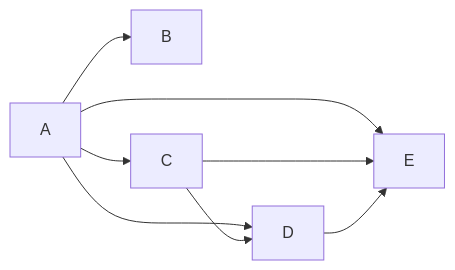
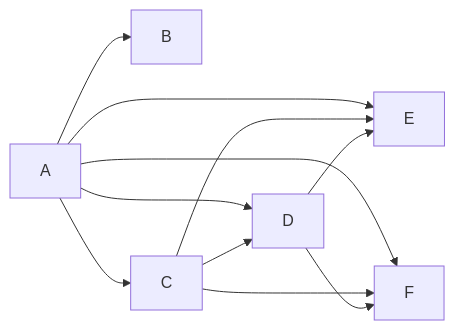
The second of 2 diagrams in docs/algos/transitive_closure.md (sweinst/Grafology), drawn with Mermaid before and after one commit. The commit also changed other lines of this file, not shown here.

Commit message:
Still fixing doc

````diff
--- a/docs/algos/transitive_closure.md
+++ b/docs/algos/transitive_closure.md
@@ -39,11 +40,13 @@
 ```mermaid
-%%{init: {'themeVariables': {'fontSize': 11,'sectionFontSize': 11}}}%%
 graph LR;
     A --> B
     A --> C
     A --> D
     A --> E
+    A --> F
     C --> D
     C --> E
+    C --> F
     D --> E
+    D --> F
 ```
````
